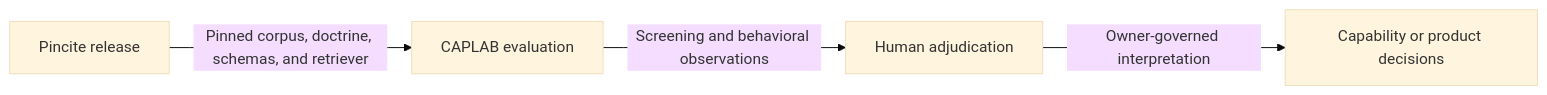
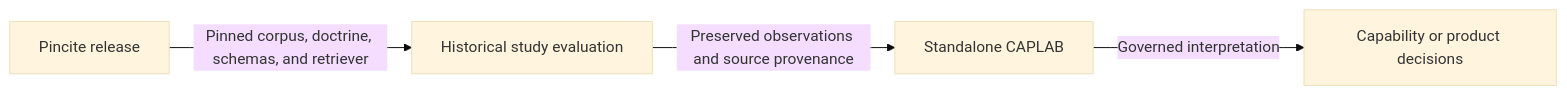
Before and after one commit to halbritt/caplab: the diagram in docs/domain/context-map.md, drawn with Mermaid (base theme). The commit also changed other lines of this file and 5 other files, not shown here.

````diff
--- a/docs/domain/context-map.md
+++ b/docs/domain/context-map.md
@@ -20,6 +21,6 @@
 ```mermaid
 flowchart LR
-  P[Pincite release] -->|Pinned corpus, doctrine, schemas, and retriever| C[CAPLAB evaluation]
-  C -->|Screening and behavioral observations| H[Human adjudication]
-  H -->|Owner-governed interpretation| D[Capability or product decisions]
+  P[Pincite release] -->|Pinned corpus, doctrine, schemas, and retriever| S[Historical study evaluation]
+  S -->|Preserved observations and source provenance| C[Standalone CAPLAB]
+  C -->|Governed interpretation| D[Capability or product decisions]
 ```
````
